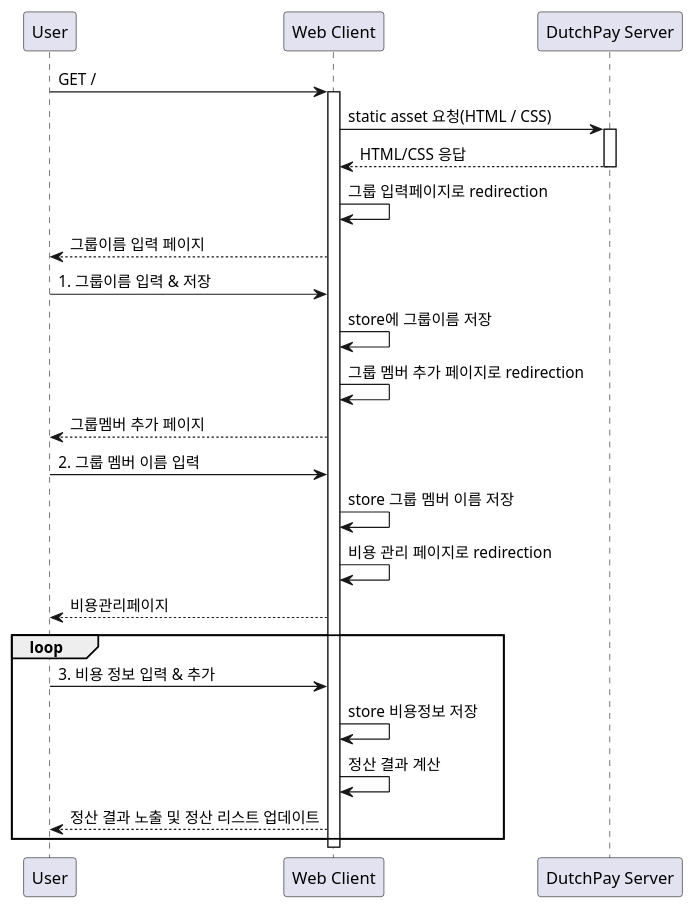
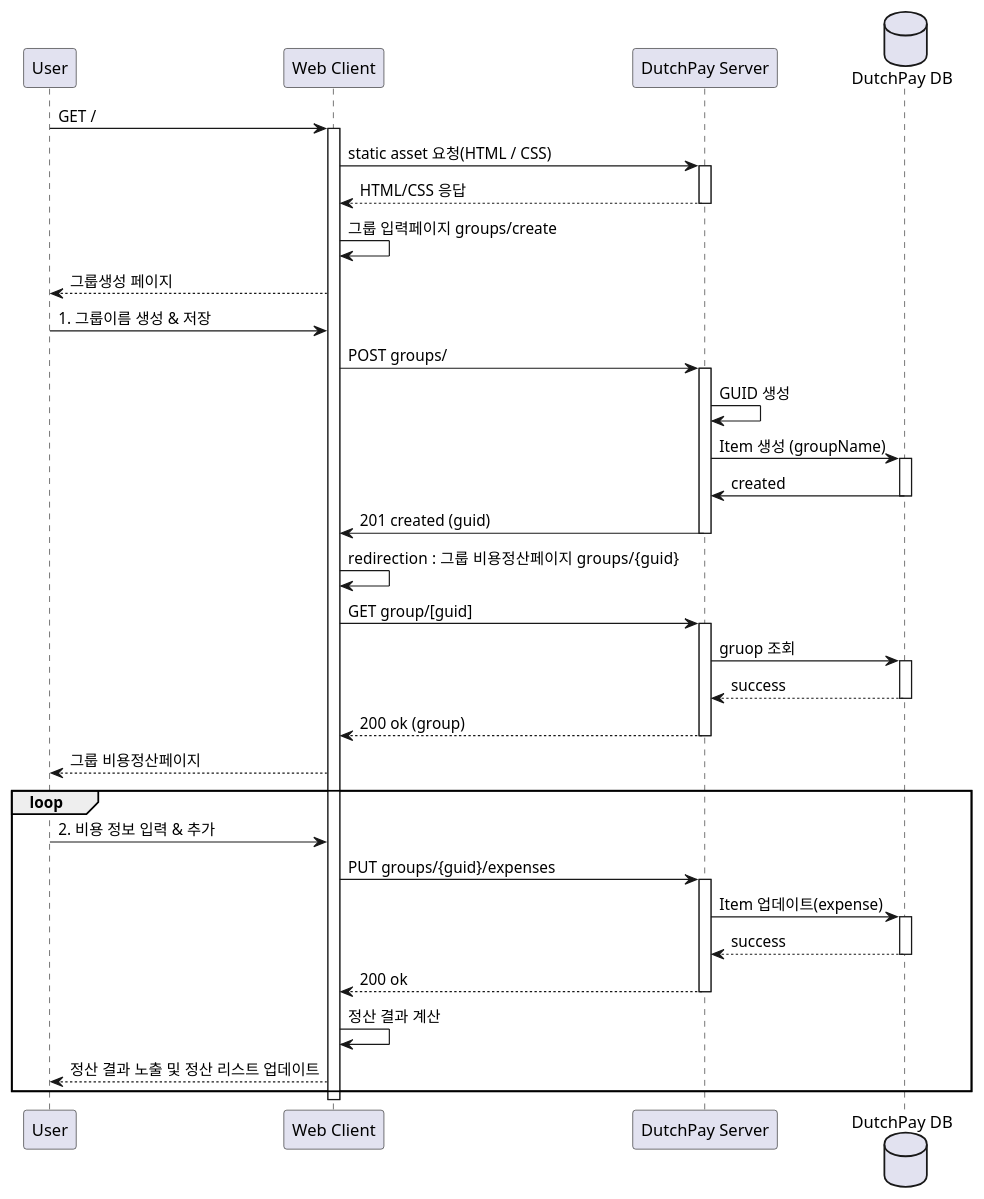
Before and after one commit to Sunset-Kim/dutchpay-app: the diagram in docs/sequence_diagram.plantuml, drawn with PlantUML.

Commit message:
docs:  시퀀스 다이어그램 업데이트

```diff
--- a/docs/sequence_diagram.plantuml
+++ b/docs/sequence_diagram.plantuml
@@ -1,36 +1,55 @@
 @startuml sequece
 
 participant User
 participant "Web Client" as C
 participant "DutchPay Server" as S
+database "DutchPay DB" as DB
 
 User -> C: GET /
 activate C
 C -> S: static asset 요청(HTML / CSS)
 activate S
 S --> C: HTML/CSS 응답
 deactivate S
-C -> C: 그룹 입력페이지로 redirection
+C -> C: 그룹 입력페이지 groups/create
+C --> User: 그룹생성 페이지
 
-C --> User: 그룹이름 입력 페이지
-User -> C: 1. 그룹이름 입력 & 저장
-C -> C: store에 그룹이름 저장
-C -> C: 그룹 멤버 추가 페이지로 redirection
-C --> User: 그룹멤버 추가 페이지
-
-User -> C: 2. 그룹 멤버 이름 입력
-C -> C: store 그룹 멤버 이름 저장 
-C -> C: 비용 관리 페이지로 redirection
-C --> User: 비용관리페이지
+User -> C: 1. 그룹이름 생성 & 저장
+C -> S: POST groups/
+activate S
+S -> S: GUID 생성
+S -> DB: Item 생성 (groupName)
+activate DB
+DB -> S: created
+deactivate DB
+S -> C: 201 created (guid)
+deactivate S
+C -> C: redirection : 그룹 비용정산페이지  groups/{guid}
+C -> S: GET group/[guid]
+activate S
+S -> DB: gruop 조회
+activate DB
+DB --> S: success
+deactivate DB
+S --> C: 200 ok (group)
+deactivate S
+C --> User: 그룹 비용정산페이지
 
 loop
-  User -> C: 3. 비용 정보 입력 & 추가
-  C -> C: store 비용정보 저장
+  User -> C: 2. 비용 정보 입력 & 추가
+  C -> S: PUT groups/{guid}/expenses
+  activate S
+  S -> DB: Item 업데이트(expense)
+  activate DB
+  DB --> S: success
+  deactivate DB
+  S --> C: 200 ok
+  deactivate S
   C -> C: 정산 결과 계산
   C --> User: 정산 결과 노출 및 정산 리스트 업데이트
 end
 
 deactivate C
 
 
 @enduml
```
